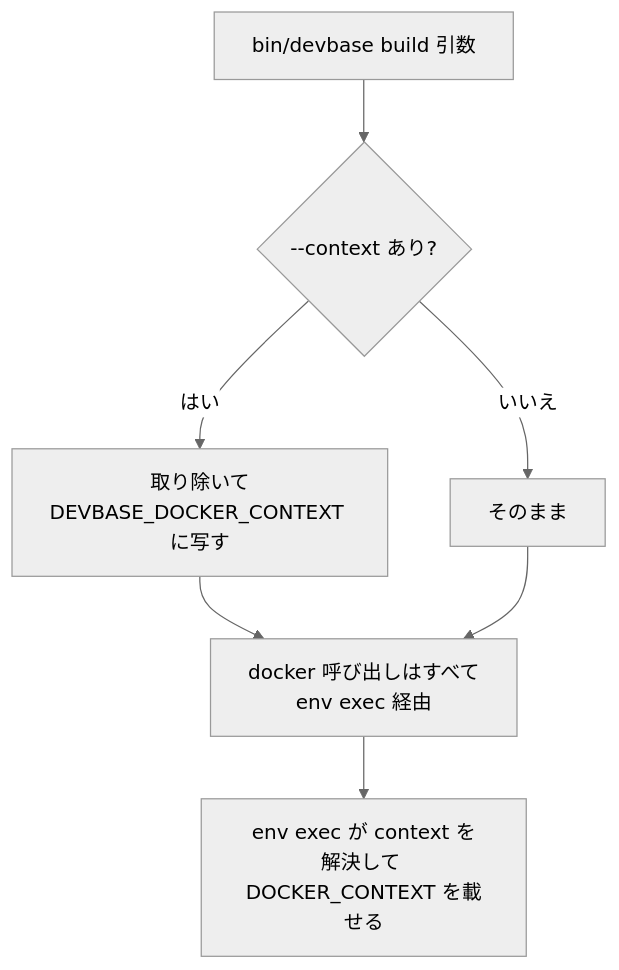
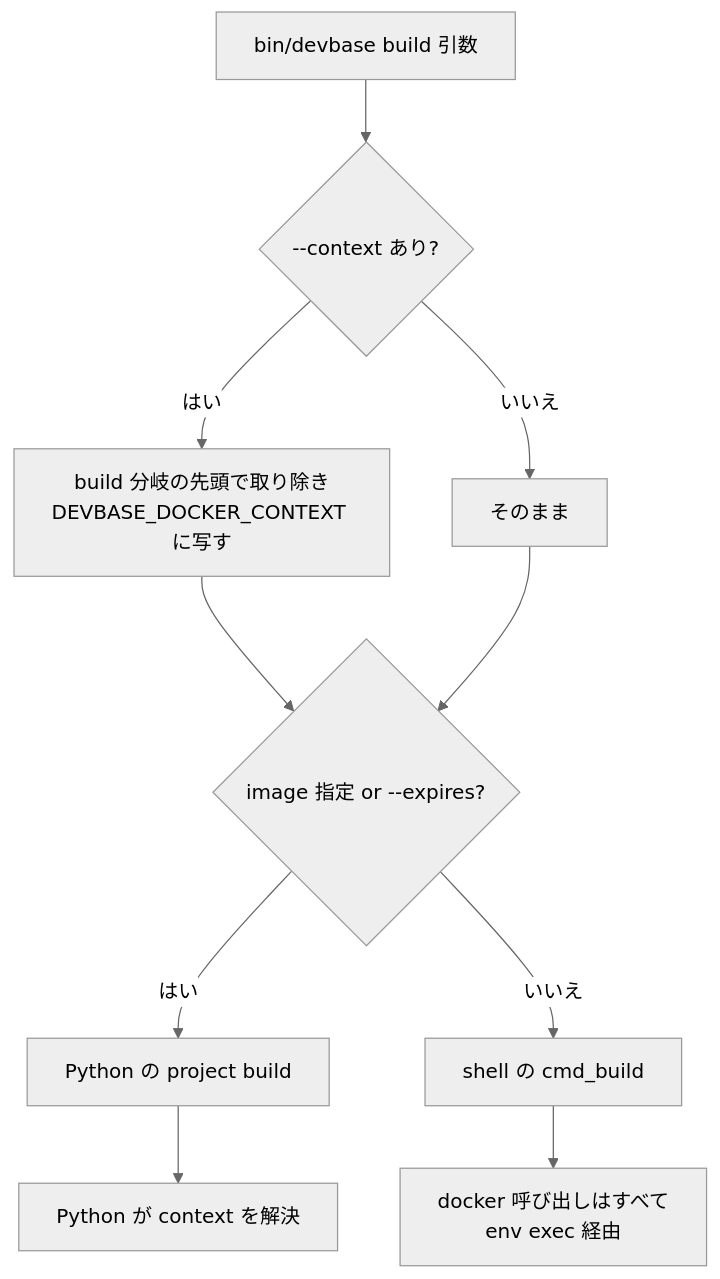
One commit to devbasex/devbase changed the seventh of 7 diagrams in issues/PLAN52_remote-docker-context-design.md. Above: the diagram before and after it, drawn with Mermaid (neutral theme). The commit also changed other lines of this file and 2 other files, not shown here.

First line of the commit message:
docs(PLAN52): レビュー指摘を反映 (--context の付く場所・build 分岐の順序・scale の条件)

````diff
--- a/issues/PLAN52_remote-docker-context-design.md
+++ b/issues/PLAN52_remote-docker-context-design.md
@@ -350,9 +350,12 @@
 ```mermaid
 graph TD
     A[bin/devbase build 引数] --> B{--context あり?}
-    B -->|はい| C[取り除いて<br/>DEVBASE_DOCKER_CONTEXT に写す]
+    B -->|はい| C[build 分岐の先頭で取り除き<br/>DEVBASE_DOCKER_CONTEXT に写す]
     B -->|いいえ| D[そのまま]
-    C --> E[docker 呼び出しはすべて<br/>env exec 経由]
-    D --> E
-    E --> F[env exec が context を<br/>解決して DOCKER_CONTEXT を載せる]
+    C --> G{image 指定 or --expires?}
+    D --> G
+    G -->|はい| H[Python の project build]
+    G -->|いいえ| E[shell の cmd_build]
+    E --> F[docker 呼び出しはすべて<br/>env exec 経由]
+    H --> F2[Python が context を解決]
 ```
````
